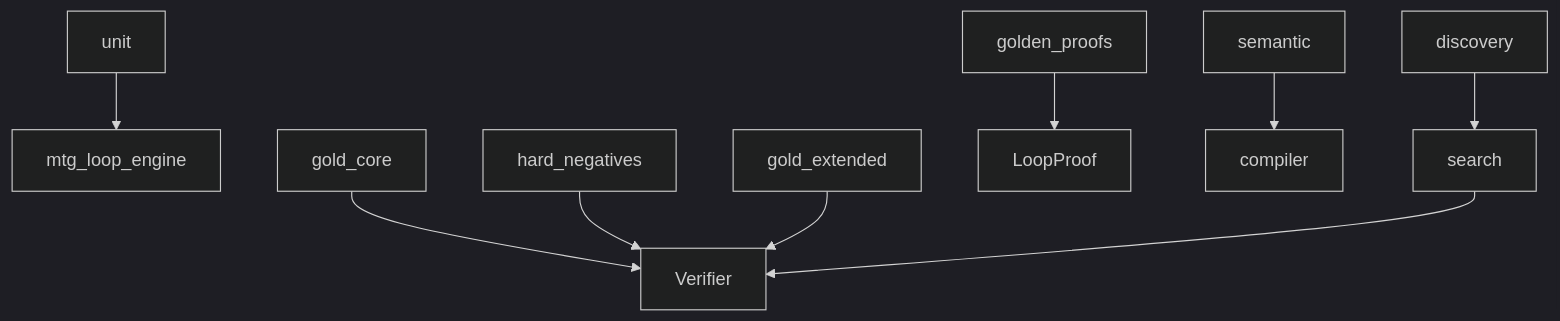
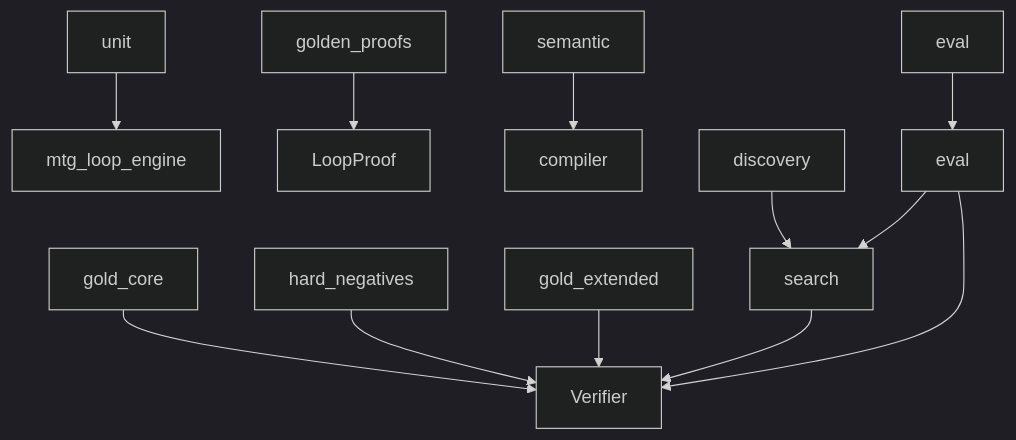
The diagram in tests/README.md (witzbeck/mtg-loop-engine), drawn with Mermaid (dark theme) before and after one commit. The commit also changed other lines of this file and 3 other files, not shown here.

First line of the commit message:
Add M4 eval tests for classify, store, and sample recovery

````diff
--- a/tests/README.md
+++ b/tests/README.md
@@ -9,11 +9,14 @@
 ```mermaid
 graph TB;
   unit[unit] --> lib[mtg_loop_engine];
   goldCore[gold_core] --> verifier[Verifier];
   hardNeg[hard_negatives] --> verifier;
   goldExt[gold_extended] --> verifier;
   golden[golden_proofs] --> proofs[LoopProof];
   semantic[semantic] --> compiler[compiler];
   discovery[discovery] --> search[search];
   search --> verifier;
+  evalTests[eval] --> evalPkg[eval];
+  evalPkg --> search;
+  evalPkg --> verifier;
 ```
````
